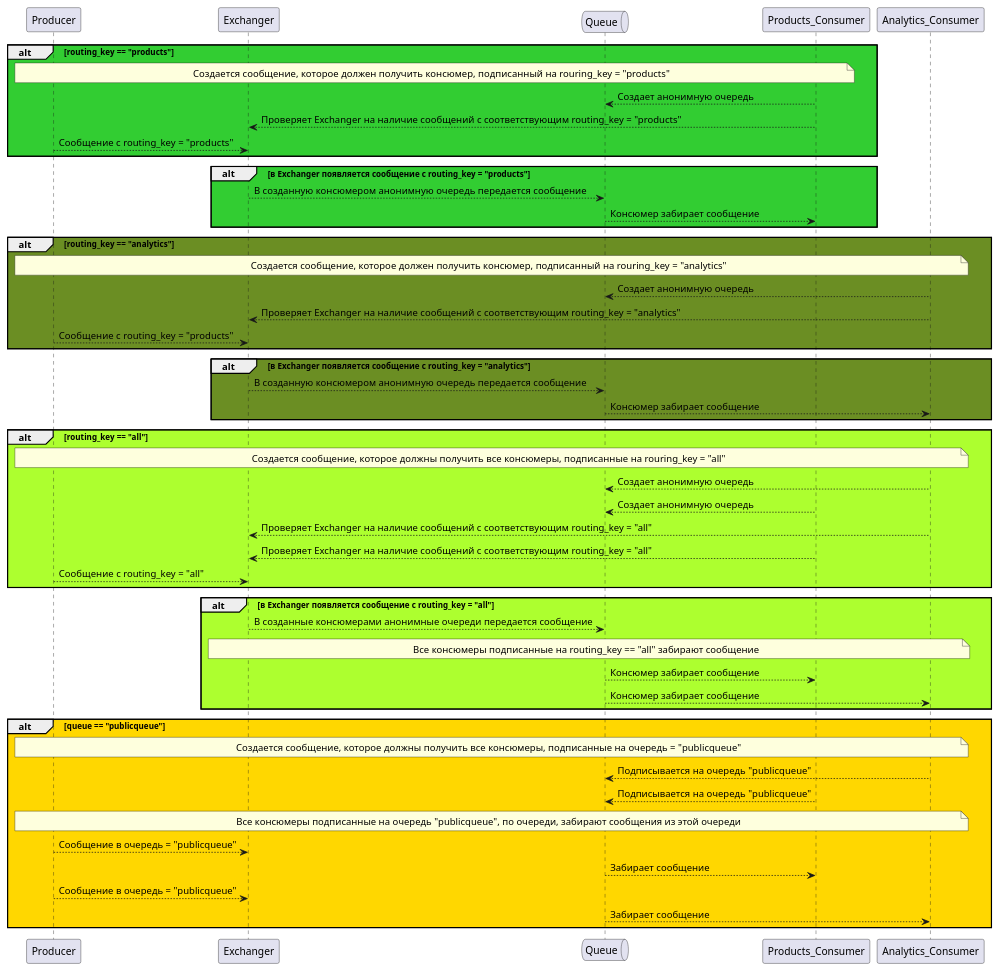
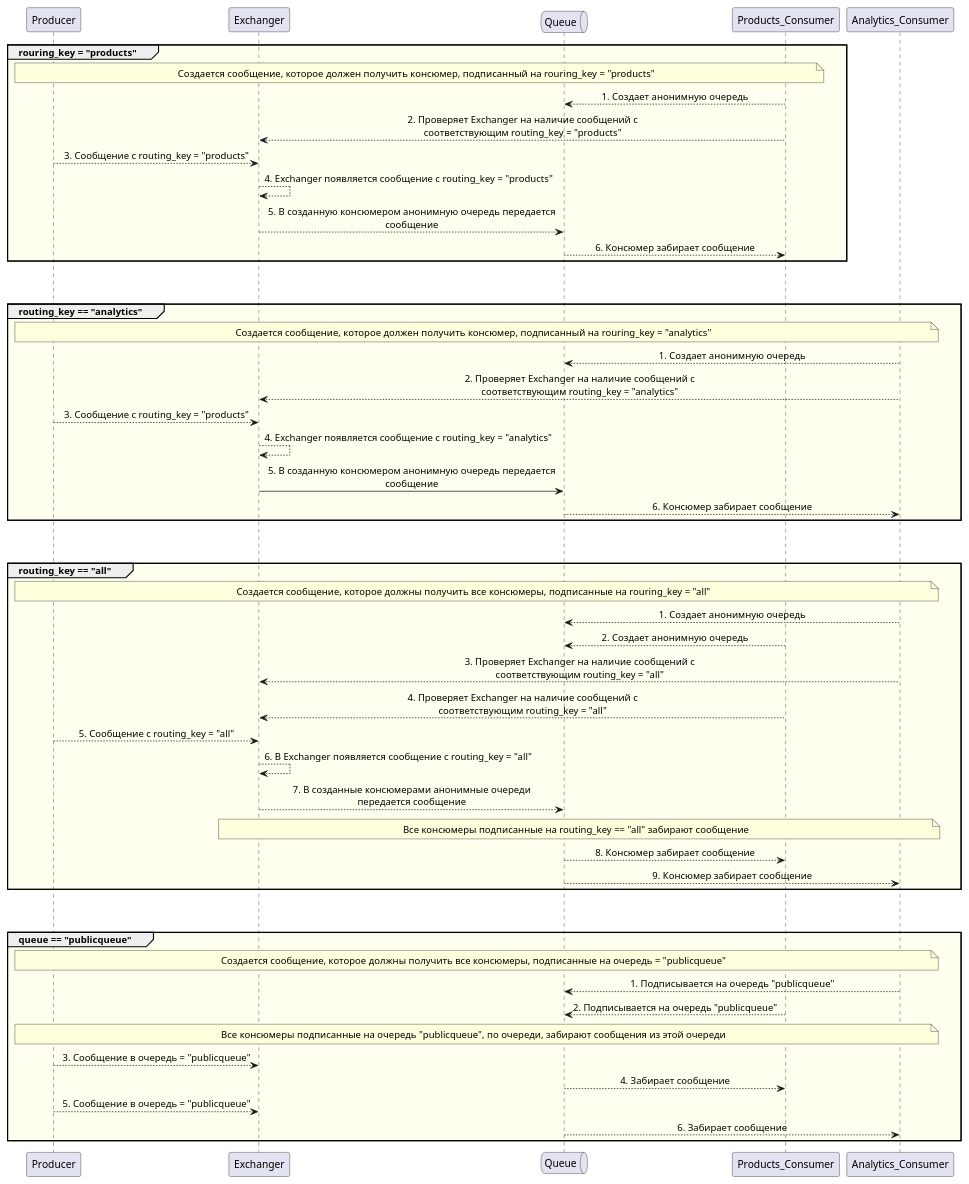
One commit to tihon49/rabbitMQ changed the diagram in README.md. Above: the diagram before and after it, drawn with PlantUML. The commit also changed other lines of this file and 1 other file, not shown here.

Commit message:
readme plantuml updated

````diff
--- a/README.md
+++ b/README.md
@@ -36,65 +38,77 @@
 participant "Analytics_Consumer" as AC
 
 
-alt #LimeGreen routing_key == "products"
-note over Producer, PC : Создается сообщение, которое должен получить консюмер, подписанный на rouring_key = "products"
+skinparam {
+    Maxmessagesize 400
+    'backgroundColor #EEEBDC
+}
 
-PC --> Q : Создает анонимную очередь
-PC --> Ex : Проверяет Exchanger на наличие сообщений с соответствующим routing_key = "products"
-Producer --> Ex : Сообщение с routing_key = "products"
+skinparam sequence {
+    'ParticipantPadding 30
+    MessageAlign center
+}
+
+
+Group #ivory rouring_key = "products"
+    note over Producer, PC : Создается сообщение, которое должен получить консюмер, подписанный на rouring_key = "products"
+
+    PC --> Q : 1. Создает анонимную очередь
+    PC --> Ex : 2. Проверяет Exchanger на наличие сообщений с соответствующим routing_key = "products"
+    Producer --> Ex : 3. Сообщение с routing_key = "products"
+
+    Ex --> Ex : 4. Exchanger появляется сообщение с routing_key = "products"
+    Ex --> Q : 5. В созданную консюмером анонимную очередь передается сообщение
+    Q --> PC : 6. Консюмер забирает сообщение
 end
 
-alt #LimeGreen в Exchanger появляется сообщение с routing_key = "products"
-Ex --> Q : В созданную консюмером анонимную очередь передается сообщение
-Q --> PC : Консюмер забирает сообщение
+||45||
+
+Group #ivory routing_key == "analytics"
+    note over Producer, AC : Создается сообщение, которое должен получить консюмер, подписанный на rouring_key = "analytics"
+
+    AC --> Q : 1. Создает анонимную очередь
+    AC --> Ex : 2. Проверяет Exchanger на наличие сообщений с соответствующим routing_key = "analytics"
+    Producer --> Ex : 3. Сообщение с routing_key = "products"
+
+
+    Ex --> Ex : 4. Exchanger появляется сообщение с routing_key = "analytics"
+    Ex  -> Q : 5. В созданную консюмером анонимную очередь передается сообщение
+    Q --> AC : 6. Консюмер забирает сообщение
 end
 
+||45||
 
-alt #OliveDrab routing_key == "analytics"
-note over Producer, AC : Создается сообщение, которое должен получить консюмер, подписанный на rouring_key = "analytics"
+Group #ivory routing_key == "all"
+    note over Producer, AC : Создается сообщение, которое должны получить все консюмеры, подписанные на rouring_key = "all"
 
-AC --> Q : Создает анонимную очередь
-AC --> Ex : Проверяет Exchanger на наличие сообщений с соответствующим routing_key = "analytics"
-Producer --> Ex : Сообщение с routing_key = "products"
+    AC --> Q : 1. Создает анонимную очередь
+    PC --> Q : 2. Создает анонимную очередь
+    AC --> Ex : 3. Проверяет Exchanger на наличие сообщений с соответствующим routing_key = "all"
+    PC --> Ex : 4. Проверяет Exchanger на наличие сообщений с соответствующим routing_key = "all"
+    Producer --> Ex : 5. Сообщение с routing_key = "all"
+
+
+    Ex --> Ex : 6. В Exchanger появляется сообщение с routing_key = "all"
+    Ex --> Q : 7. В созданные консюмерами анонимные очереди передается сообщение
+    note over Ex, AC : Все консюмеры подписанные на routing_key == "all" забирают сообщение
+
+    Q --> PC : 8. Консюмер забирает сообщение
+    Q --> AC : 9. Консюмер забирает сообщение
 end
 
-alt #OliveDrab в Exchanger появляется сообщение с routing_key = "analytics"
-Ex --> Q : В созданную консюмером анонимную очередь передается сообщение
-Q --> AC : Консюмер забирает сообщение
+||45||
+
+Group #ivory queue == "publicqueue"
+    note over Producer, AC : Создается сообщение, которое должны получить все консюмеры, подписанные на очередь = "publicqueue"
+
+    AC --> Q : 1. Подписывается на очередь "publicqueue"
+    PC --> Q : 2. Подписывается на очередь "publicqueue"
+    note over Producer, AC : Все консюмеры подписанные на очередь "publicqueue", по очереди, забирают сообщения из этой очереди
+
+    Producer --> Ex : 3. Сообщение в очередь = "publicqueue"
+    Q --> PC : 4. Забирает сообщение
+    Producer --> Ex : 5. Сообщение в очередь = "publicqueue"
+    Q --> AC : 6. Забирает сообщение
 end
-
-
-alt #GreenYellow routing_key == "all"
-note over Producer, AC : Создается сообщение, которое должны получить все консюмеры, подписанные на rouring_key = "all"
-
-AC --> Q : Создает анонимную очередь
-PC --> Q : Создает анонимную очередь
-AC --> Ex : Проверяет Exchanger на наличие сообщений с соответствующим routing_key = "all"
-PC --> Ex : Проверяет Exchanger на наличие сообщений с соответствующим routing_key = "all"
-Producer --> Ex : Сообщение с routing_key = "all"
-end
-
-alt #GreenYellow в Exchanger появляется сообщение с routing_key = "all"
-Ex --> Q : В созданные консюмерами анонимные очереди передается сообщение
-note over Ex, AC : Все консюмеры подписанные на routing_key == "all" забирают сообщение
-
-Q --> PC : Консюмер забирает сообщение
-Q --> AC : Консюмер забирает сообщение
-end
-
-
-alt #Gold queue == "publicqueue"
-note over Producer, AC : Создается сообщение, которое должны получить все консюмеры, подписанные на очередь = "publicqueue"
-
-AC --> Q : Подписывается на очередь "publicqueue"
-PC --> Q : Подписывается на очередь "publicqueue"
-note over Producer, AC : Все консюмеры подписанные на очередь "publicqueue", по очереди, забирают сообщения из этой очереди
-
-Producer --> Ex : Сообщение в очередь = "publicqueue"
-Q --> PC : Забирает сообщение
-Producer --> Ex : Сообщение в очередь = "publicqueue"
-Q --> AC : Забирает сообщение
-end
-
 @enduml
 ```
````
